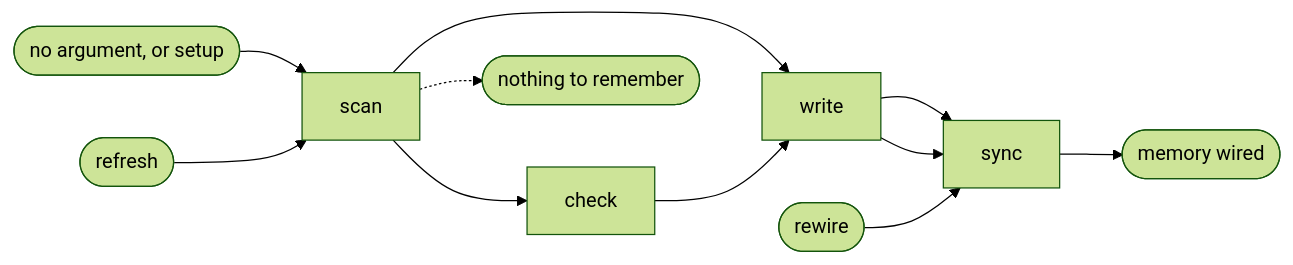
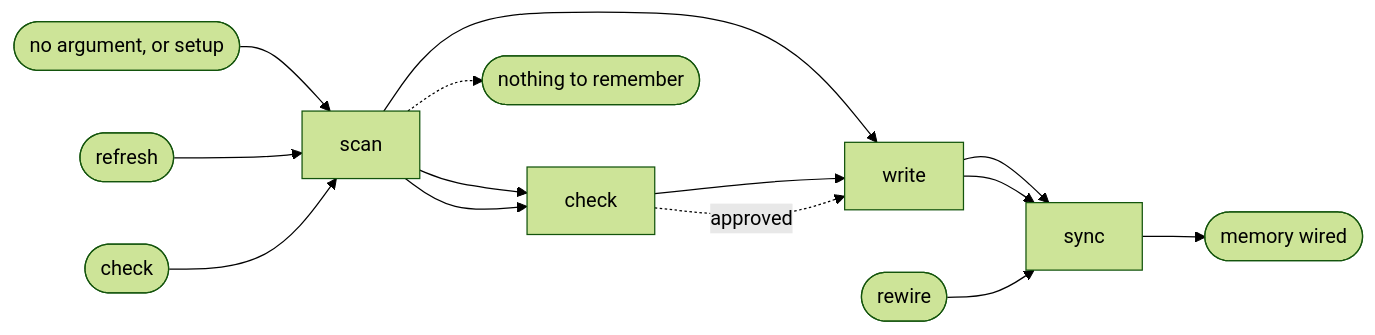
Before and after one commit to ai-driven-dev/framework: the diagram in plugins/aidd-context/skills/02-project-memory/SKILL.md, drawn with Mermaid (forest theme). The commit also changed other lines of this file and 2 other files, not shown here.

First line of the commit message:
fix(aidd-context): check reviews only the bank's own files and has its own route

````diff
--- a/plugins/aidd-context/skills/02-project-memory/SKILL.md
+++ b/plugins/aidd-context/skills/02-project-memory/SKILL.md
@@ -9,7 +9,8 @@
 ```mermaid
 flowchart LR
   new([no argument, or setup]) --> scan --> write --> sync --> wired([memory wired])
   update([refresh]) --> scan --> check --> write --> sync
+  inspect([check]) --> scan --> check -.->|approved| write
   rewire([rewire]) --> sync
   scan -.-> empty([nothing to remember])
 ```
````
